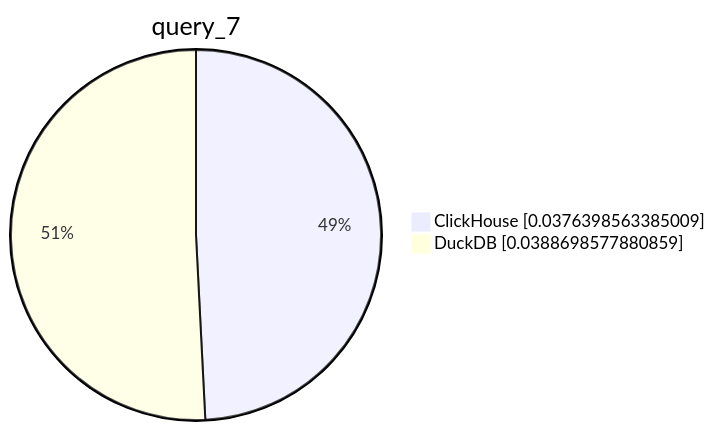
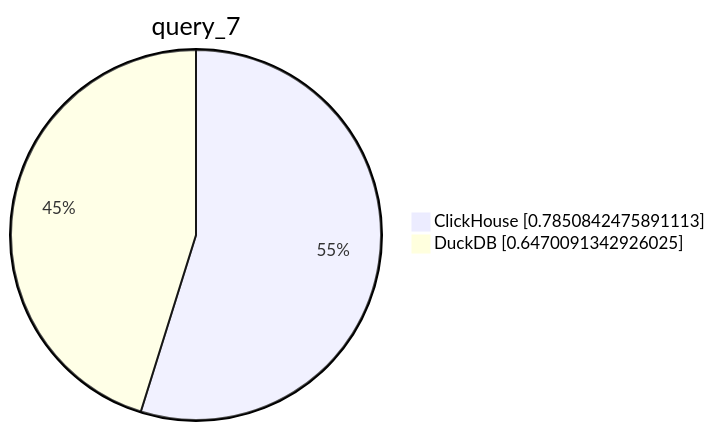
The eighth of 10 diagrams in parquet/performance/performance_reports/results.md (Altinity/clickhouse-regression), drawn with Mermaid before and after one commit. The commit also changed other lines of this file and 1 other file, not shown here.

````diff
--- a/parquet/performance/performance_reports/results.md
+++ b/parquet/performance/performance_reports/results.md
@@ -60,6 +60,6 @@
 ```mermaid
      pie showData
          title query_7
-         "ClickHouse" : 0.0376398563385009
-         "DuckDB" : 0.0388698577880859
+         "ClickHouse" : 0.7850842475891113
+         "DuckDB" : 0.6470091342926025
 ```
````
